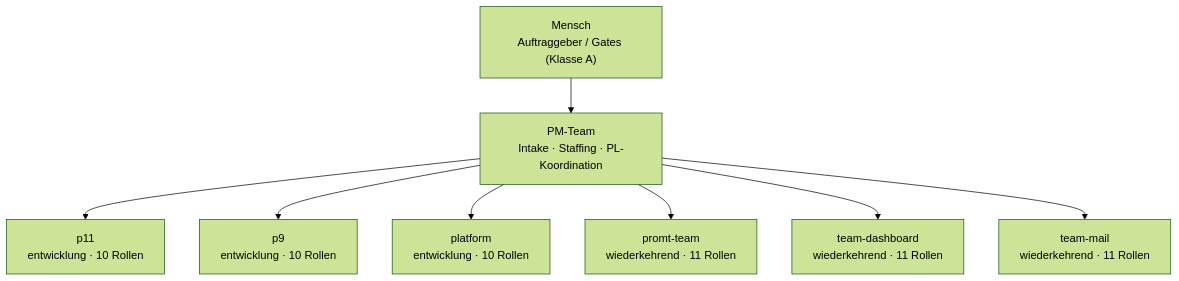
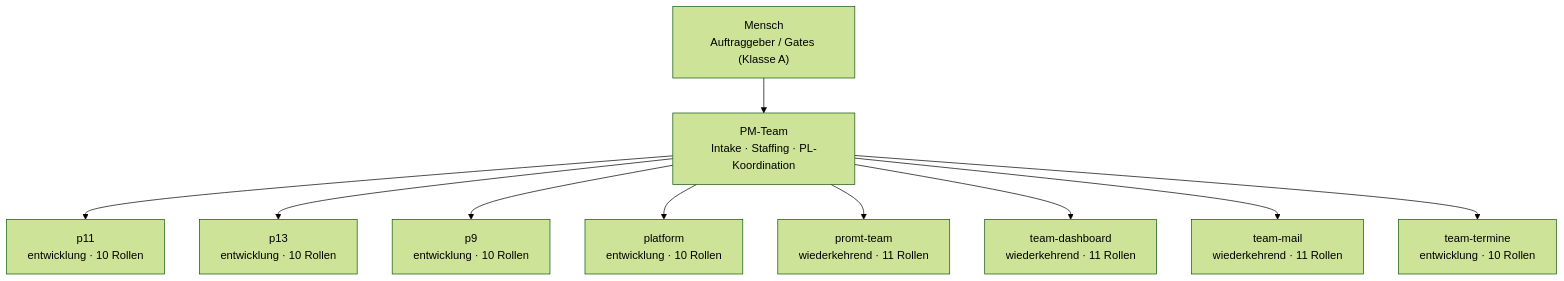
Before and after one commit to DiOflOrds/process: the diagram in ORGANIGRAMM.md, drawn with Mermaid (forest theme). The commit also changed other lines of this file and 1 other file, not shown here.

Commit message:
Sprint 34: SWR-207 (Organisationswurzel vom Aufrufer, platform/T-0062) + SWR-208 (Datenklasse platziert, platform/T-0063)

````diff
--- a/ORGANIGRAMM.md
+++ b/ORGANIGRAMM.md
@@ -5,18 +5,22 @@
 ```mermaid
 graph TB
   MENSCH["Mensch<br/>Auftraggeber / Gates (Klasse A)"]
   PM["PM-Team<br/>Intake · Staffing · PL-Koordination"]
   MENSCH --> PM
   p11["p11<br/>entwicklung · 10 Rollen"]
   PM --> p11
+  p13["p13<br/>entwicklung · 10 Rollen"]
+  PM --> p13
   p9["p9<br/>entwicklung · 10 Rollen"]
   PM --> p9
   platform["platform<br/>entwicklung · 10 Rollen"]
   PM --> platform
   promt_team["promt-team<br/>wiederkehrend · 11 Rollen"]
   PM --> promt_team
   team_dashboard["team-dashboard<br/>wiederkehrend · 11 Rollen"]
   PM --> team_dashboard
   team_mail["team-mail<br/>wiederkehrend · 11 Rollen"]
   PM --> team_mail
+  team_termine["team-termine<br/>entwicklung · 10 Rollen"]
+  PM --> team_termine
 ```
````
